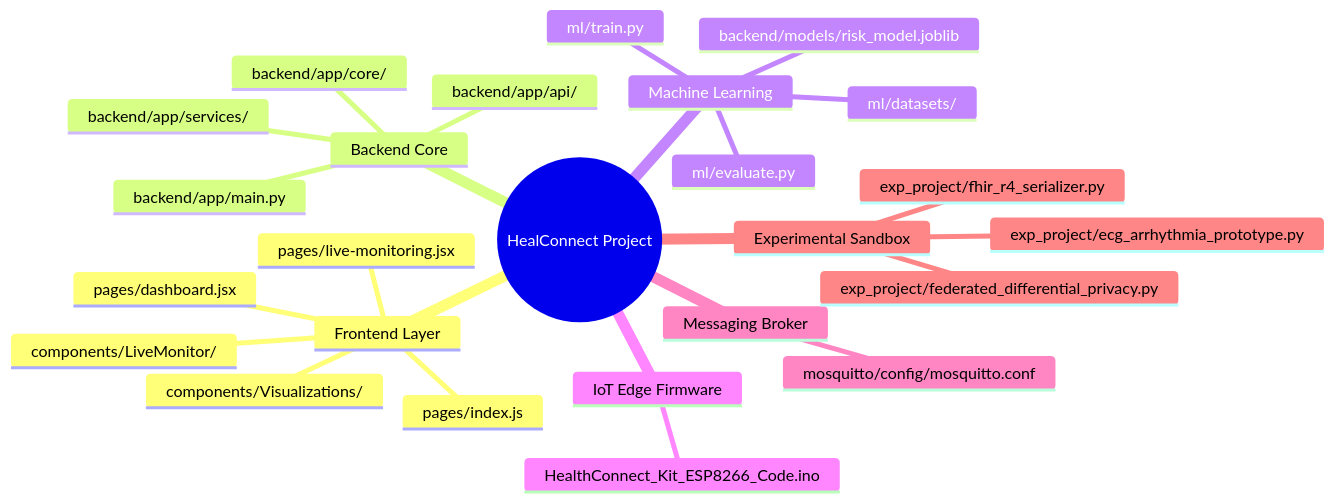
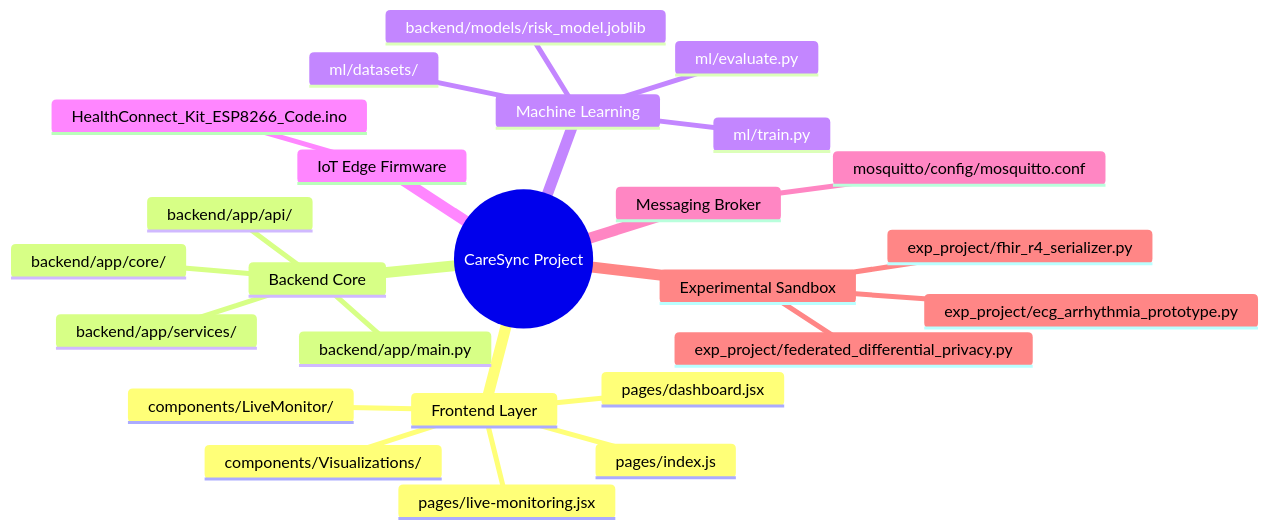
Before and after one commit to Pranjal-k22/CareSync: the diagram in architecture-project/18-project-module-map.md, drawn with Mermaid. The commit also changed 46 other files, not shown here.

Commit message:
docs: update product branding to CareSync across project documentation

````diff
--- a/architecture-project/18-project-module-map.md
+++ b/architecture-project/18-project-module-map.md
@@ -6,28 +6,28 @@
 ```mermaid
 mindmap
-  root((HealConnect Project))
+  root((CareSync Project))
     Frontend Layer
       pages/index.js
       pages/dashboard.jsx
       pages/live-monitoring.jsx
       components/LiveMonitor/
       components/Visualizations/
     Backend Core
       backend/app/main.py
       backend/app/api/
       backend/app/core/
       backend/app/services/
     Machine Learning
       ml/train.py
       ml/evaluate.py
       ml/datasets/
       backend/models/risk_model.joblib
     IoT Edge Firmware
       HealthConnect_Kit_ESP8266_Code.ino
     Messaging Broker
       mosquitto/config/mosquitto.conf
     Experimental Sandbox
       exp_project/ecg_arrhythmia_prototype.py
       exp_project/fhir_r4_serializer.py
       exp_project/federated_differential_privacy.py
 ```
````
